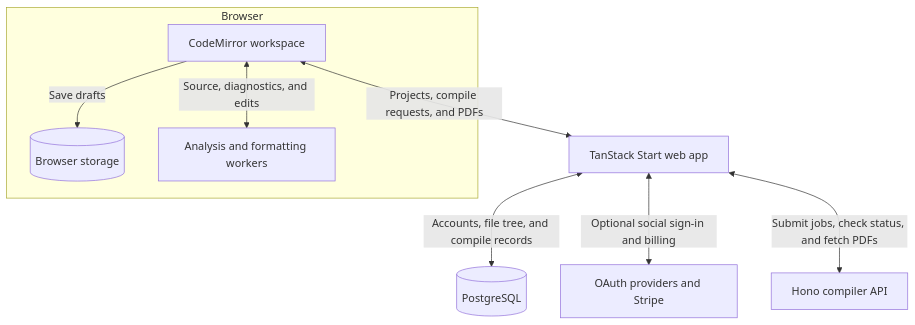
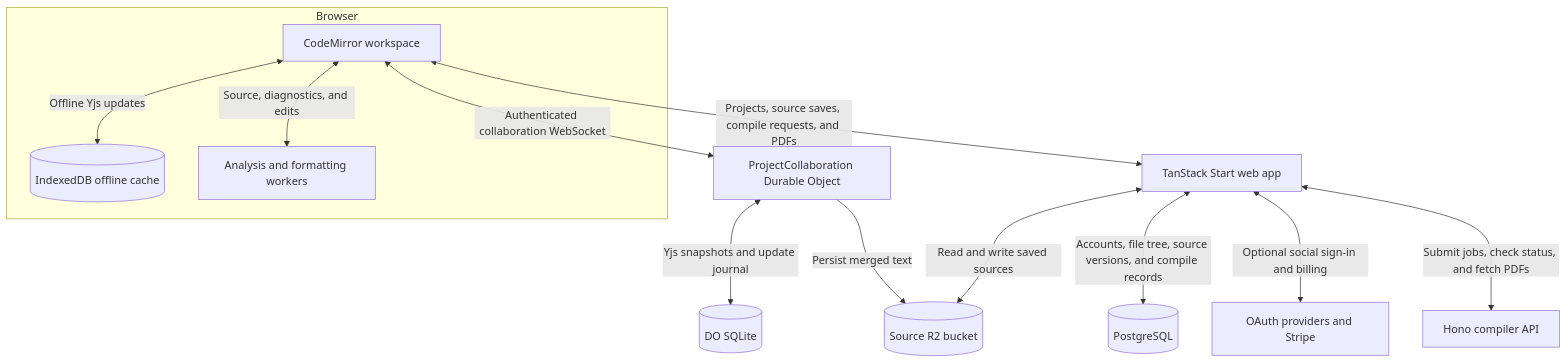
One commit to texfolia/texfolia changed the first of 2 diagrams in README.md. Above: the diagram before and after it, drawn with Mermaid. The commit also changed other lines of this file and 27 other files, not shown here.

````diff
--- a/README.md
+++ b/README.md
@@ -98,15 +98,19 @@
 ```mermaid
 flowchart TD
     subgraph Browser["Browser"]
         Editor["CodeMirror workspace"]
-        Drafts[("Browser storage")]
+        Drafts[("IndexedDB offline cache")]
         Workers["Analysis and formatting workers"]
-        Editor -->|Save drafts| Drafts
+        Editor <-->|Offline Yjs updates| Drafts
         Editor <-->|Source, diagnostics, and edits| Workers
     end
 
-    Editor <-->|Projects, compile requests, and PDFs| Web["TanStack Start web app"]
-    Web <-->|Accounts, file tree, and compile records| DB[("PostgreSQL")]
+    Editor <-->|Authenticated collaboration WebSocket| Collaboration["ProjectCollaboration Durable Object"]
+    Collaboration <-->|Yjs snapshots and update journal| SQLite[("DO SQLite")]
+    Collaboration -->|Persist merged text| R2[("Source R2 bucket")]
+    Editor <-->|Projects, source saves, compile requests, and PDFs| Web["TanStack Start web app"]
+    Web <-->|Read and write saved sources| R2
+    Web <-->|Accounts, file tree, source versions, and compile records| DB[("PostgreSQL")]
     Web <-->|Optional social sign-in and billing| Services["OAuth providers and Stripe"]
     Web <-->|Submit jobs, check status, and fetch PDFs| Compiler["Hono compiler API"]
 ```
````
